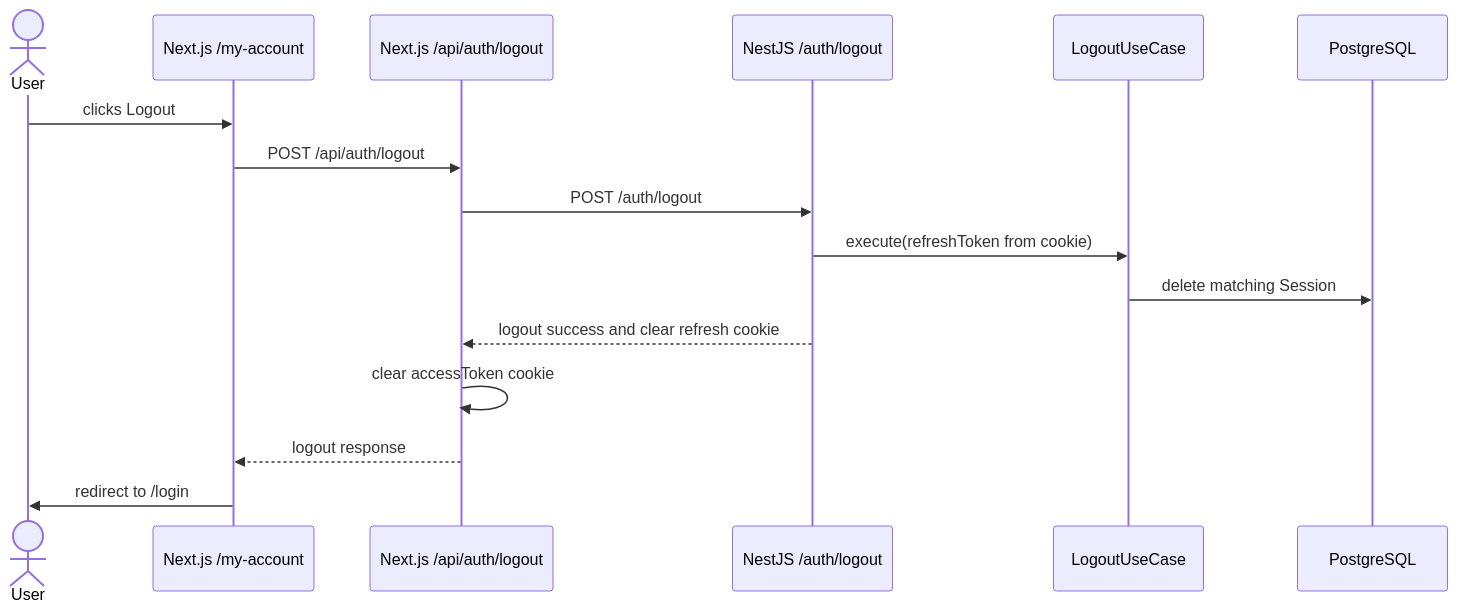
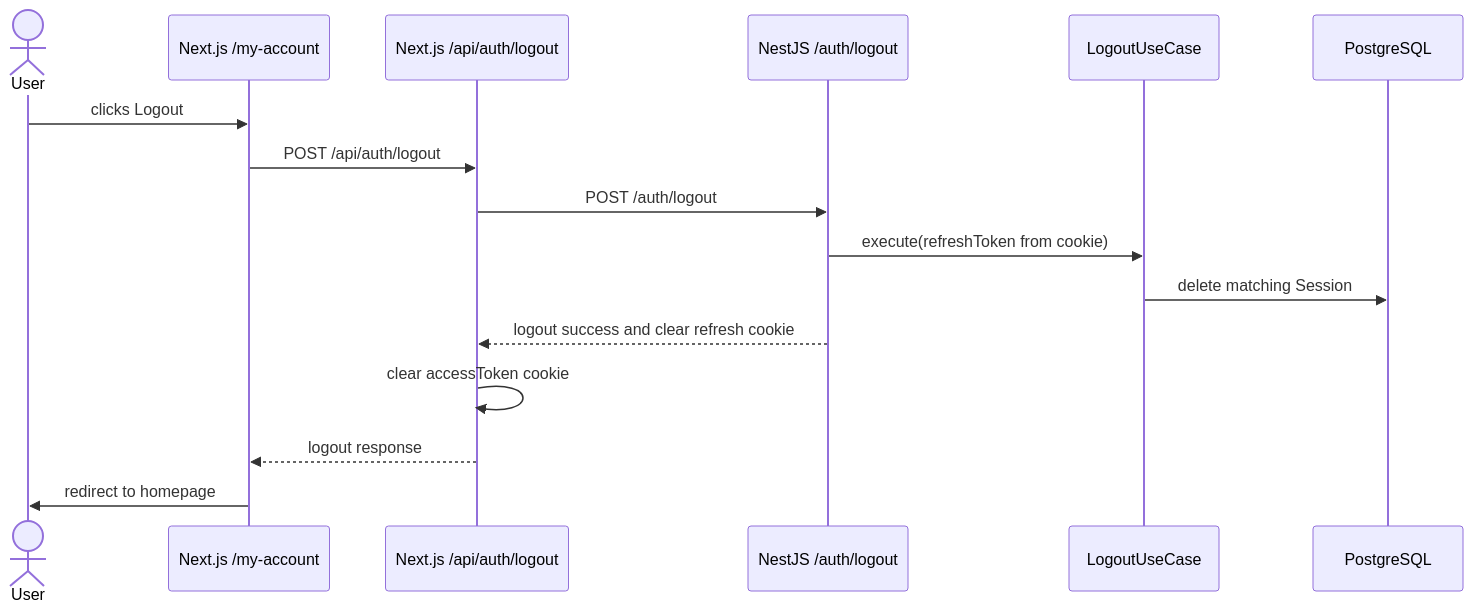
Before and after one commit to Erics-Barbers/erics-barbers-docs: the ninth of 11 diagrams in Authentication Flows.md, drawn with Mermaid. The commit also changed other lines of this file and 6 other files, not shown here.

````diff
--- a/Authentication Flows.md
+++ b/Authentication Flows.md
@@ -477,19 +524,19 @@
 ```mermaid
 sequenceDiagram
     actor User
     participant AccountPage as Next.js /my-account
     participant NextLogout as Next.js /api/auth/logout
     participant NestLogout as NestJS /auth/logout
     participant LogoutUseCase as LogoutUseCase
     participant DB as PostgreSQL
 
     User->>AccountPage: clicks Logout
     AccountPage->>NextLogout: POST /api/auth/logout
     NextLogout->>NestLogout: POST /auth/logout
     NestLogout->>LogoutUseCase: execute(refreshToken from cookie)
     LogoutUseCase->>DB: delete matching Session
     NestLogout-->>NextLogout: logout success and clear refresh cookie
     NextLogout->>NextLogout: clear accessToken cookie
     NextLogout-->>AccountPage: logout response
-    AccountPage->>User: redirect to /login
+    AccountPage->>User: redirect to homepage
 ```
````
